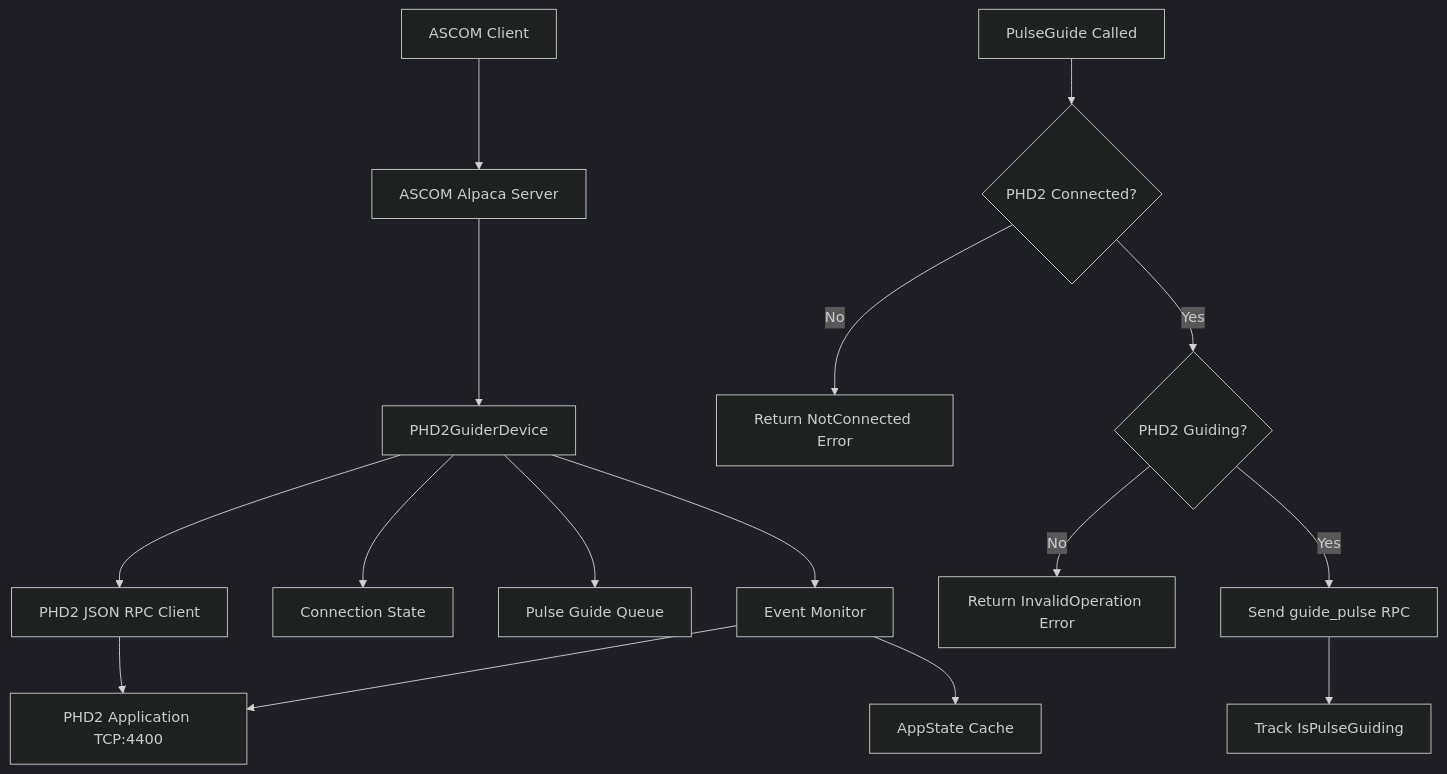
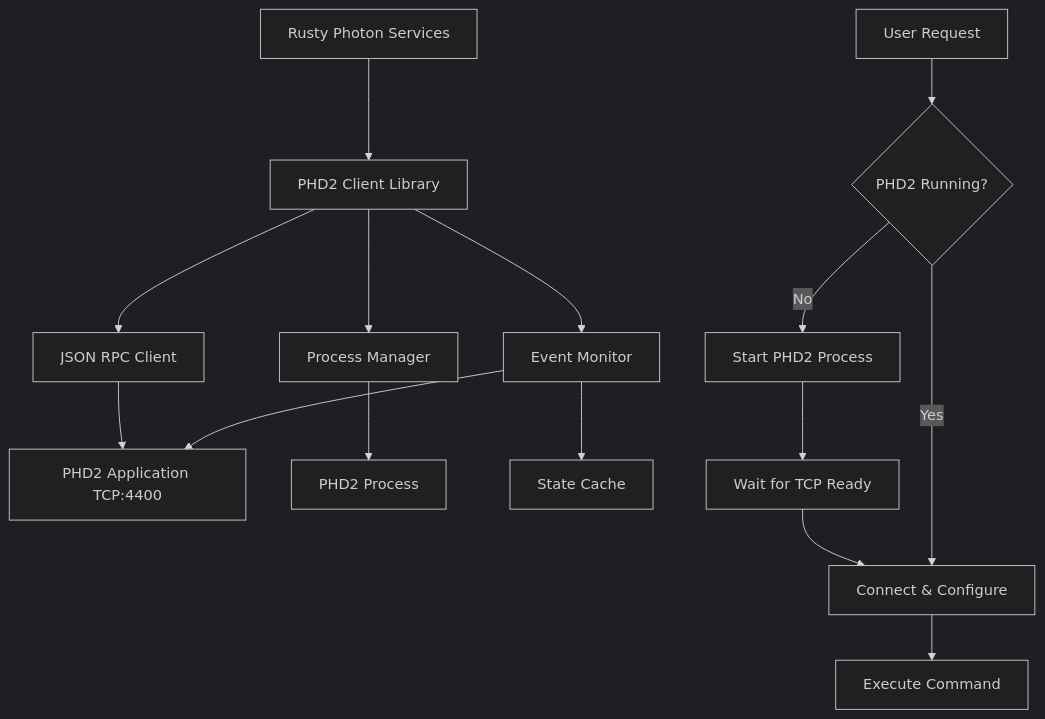
One commit to ivonnyssen/rusty-photon changed the diagram in docs/services/phd2-guider.md. Above: the diagram before and after it, drawn with Mermaid (dark theme). The commit also changed other lines of this file and 8 other files, not shown here.

First line of the commit message:
Add PHD2 guider client library with process management

````diff
--- a/docs/services/phd2-guider.md
+++ b/docs/services/phd2-guider.md
@@ -11,20 +11,20 @@
 ```mermaid
 graph TD;
-    A[ASCOM Client] --> B[ASCOM Alpaca Server];
-    B --> C[PHD2GuiderDevice];
-    C --> D[PHD2 JSON RPC Client];
-    D --> E[PHD2 Application TCP:4400];
+    A[Rusty Photon Services] --> B[PHD2 Client Library];
+    B --> C[JSON RPC Client];
+    C --> D[PHD2 Application TCP:4400];
 
-    C --> F[Connection State];
-    C --> G[Pulse Guide Queue];
-    C --> H[Event Monitor];
-    H --> E;
-    H --> I[AppState Cache];
+    B --> E[Process Manager];
+    E --> F[PHD2 Process];
 
-    J[PulseGuide Called] --> K{PHD2 Connected?};
-    K -->|No| L[Return NotConnected Error];
-    K -->|Yes| M{PHD2 Guiding?};
-    M -->|No| N[Return InvalidOperation Error];
-    M -->|Yes| O[Send guide_pulse RPC];
-    O --> P[Track IsPulseGuiding];
+    B --> G[Event Monitor];
+    G --> D;
+    G --> H[State Cache];
+
+    I[User Request] --> J{PHD2 Running?};
+    J -->|No| K[Start PHD2 Process];
+    K --> L[Wait for TCP Ready];
+    L --> M[Connect & Configure];
+    J -->|Yes| M;
+    M --> N[Execute Command];
 ```
````
